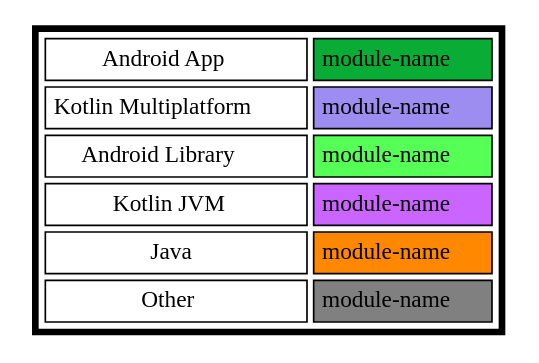
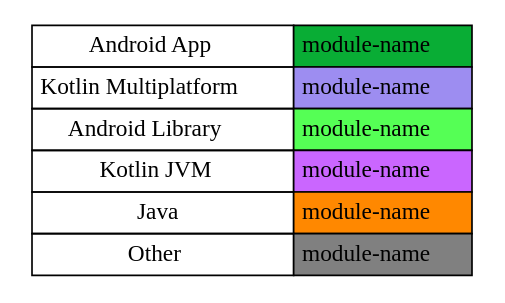
Before and after one commit to jonapoul/atlas: the diagram in sample/modules-legend.dot, drawn with Graphviz. The commit also changed 19 other files, not shown here.

```diff
--- a/sample/modules-legend.dot
+++ b/sample/modules-legend.dot
@@ -1,13 +1,13 @@
 digraph {
-node [shape=plaintext]
-table1 [label=<
-<TABLE BORDER="4" CELLBORDER="1" CELLSPACING="4" CELLPADDING="4">
-<TR><TD>Android App</TD><TD BGCOLOR="#09AD35">module-name</TD></TR>
-<TR><TD>Kotlin Multiplatform</TD><TD BGCOLOR="#9D8DF1">module-name</TD></TR>
-<TR><TD>Android Library</TD><TD BGCOLOR="#55FF55">module-name</TD></TR>
-<TR><TD>Kotlin JVM</TD><TD BGCOLOR="#CA66FF">module-name</TD></TR>
-<TR><TD>Java</TD><TD BGCOLOR="#FF8800">module-name</TD></TR>
-<TR><TD>Other</TD><TD BGCOLOR="#808080">module-name</TD></TR>
-</TABLE>
->];
+  node [shape=plaintext]
+  table1 [label=<
+  <TABLE BORDER="0" CELLBORDER="1" CELLSPACING="0" CELLPADDING="4">
+  <TR><TD>Android App</TD><TD BGCOLOR="#09AD35">module-name</TD></TR>
+  <TR><TD>Kotlin Multiplatform</TD><TD BGCOLOR="#9D8DF1">module-name</TD></TR>
+  <TR><TD>Android Library</TD><TD BGCOLOR="#55FF55">module-name</TD></TR>
+  <TR><TD>Kotlin JVM</TD><TD BGCOLOR="#CA66FF">module-name</TD></TR>
+  <TR><TD>Java</TD><TD BGCOLOR="#FF8800">module-name</TD></TR>
+  <TR><TD>Other</TD><TD BGCOLOR="#808080">module-name</TD></TR>
+  </TABLE>
+  >];
 }
```
